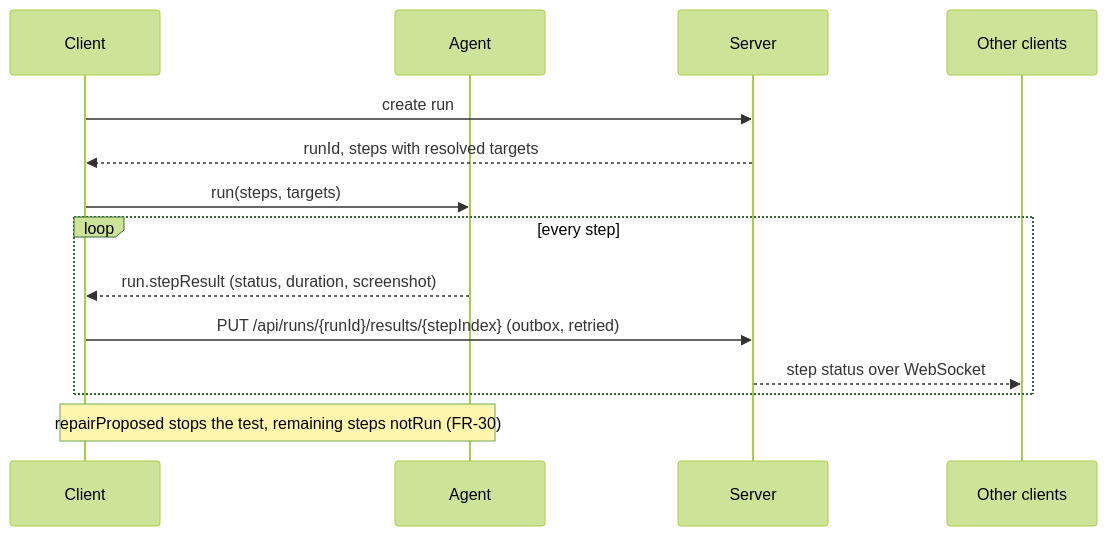
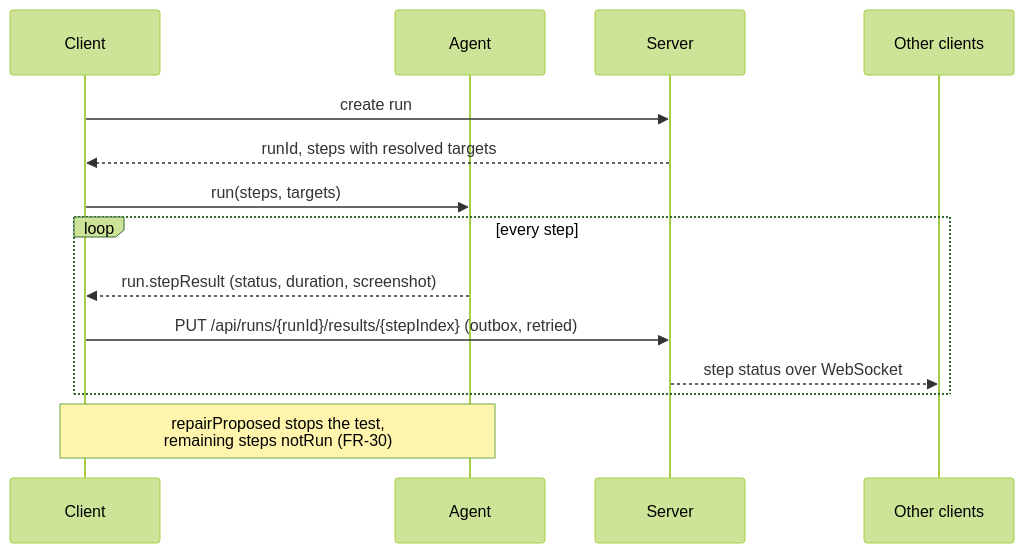
One commit to galipdg/AYNA changed the fourth of 10 diagrams in docs/sdd/SDD.md. Above: the diagram before and after it, drawn with Mermaid (forest theme). The commit also changed other lines of this file and 4 other files, not shown here.

First line of the commit message:
build(docs): SDD PDF with its diagrams drawn, offline (#53)

````diff
--- a/docs/sdd/SDD.md
+++ b/docs/sdd/SDD.md
@@ -202,16 +202,16 @@
 ```mermaid
 sequenceDiagram
   participant C as Client
   participant A as Agent
   participant S as Server
   participant W as Other clients
   C->>S: create run
   S-->>C: runId, steps with resolved targets
   C->>A: run(steps, targets)
   loop every step
     A-->>C: run.stepResult (status, duration, screenshot)
     C->>S: PUT /api/runs/{runId}/results/{stepIndex} (outbox, retried)
     S-->>W: step status over WebSocket
   end
-  Note over A,C: repairProposed stops the test, remaining steps notRun (FR-30)
+  Note over C,A: repairProposed stops the test,<br/>remaining steps notRun (FR-30)
 ```
````
